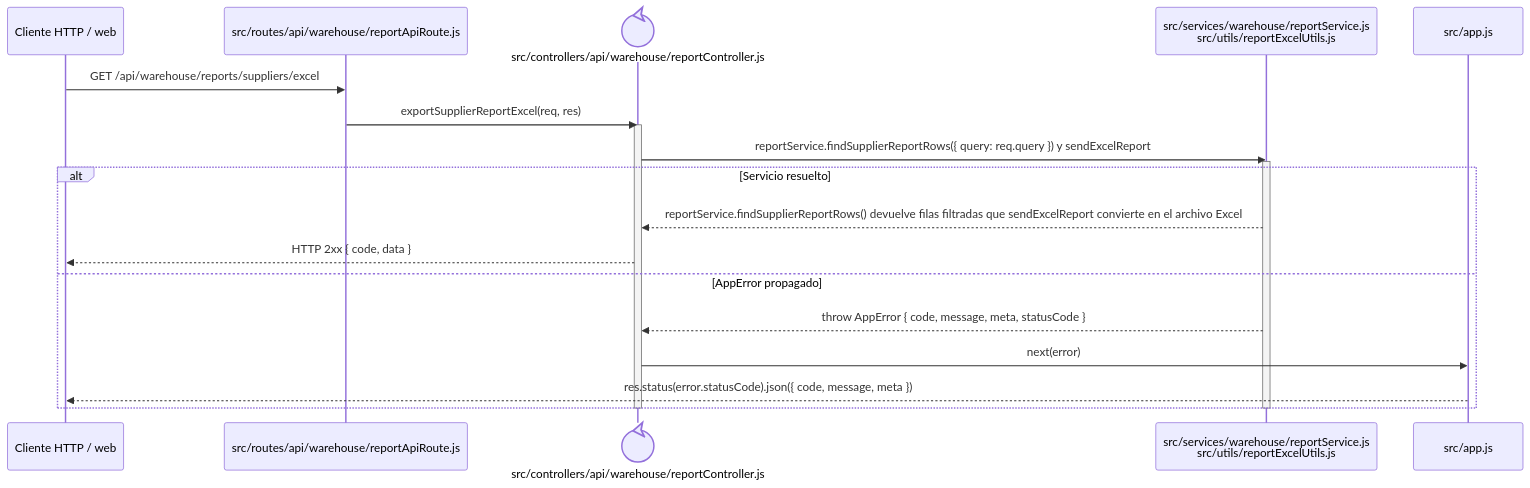
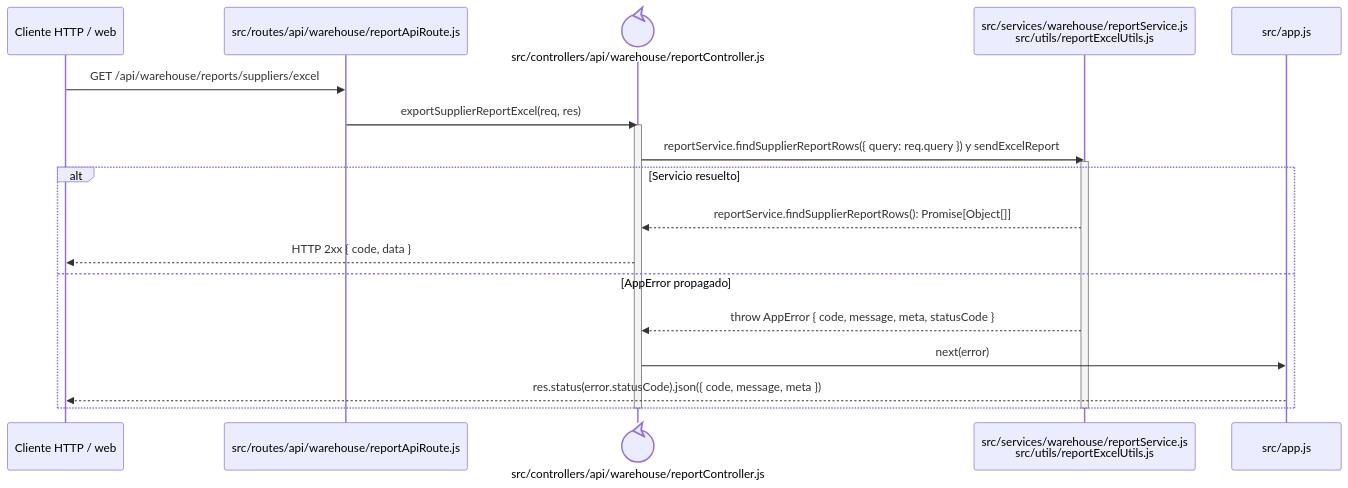
Before and after one commit to gpgsistemas01/nexus: the diagram in docs/architecture/backend-code-sequences/catalogs/cu-cat-04.md, drawn with Mermaid. The commit also changed 146 other files, not shown here.

````diff
--- a/docs/architecture/backend-code-sequences/catalogs/cu-cat-04.md
+++ b/docs/architecture/backend-code-sequences/catalogs/cu-cat-04.md
@@ -6,24 +6,24 @@
 ```mermaid
 sequenceDiagram
     participant Client as Cliente HTTP / web
     participant Route as src/routes/api/warehouse/reportApiRoute.js
     participant Controller@{ "type": "control" } as src/controllers/api/warehouse/reportController.js
     participant Domain as src/services/warehouse/reportService.js<br/>src/utils/reportExcelUtils.js
     participant ErrorHandler as src/app.js
 
     Client->>Route: GET /api/warehouse/reports/suppliers/excel
     Route->>Controller: exportSupplierReportExcel(req, res)
     activate Controller
     Controller->>Domain: reportService.findSupplierReportRows({ query: req.query }) y sendExcelReport
     activate Domain
     alt Servicio resuelto
-        Domain-->>Controller: reportService.findSupplierReportRows() devuelve filas filtradas que sendExcelReport convierte en el archivo Excel
+        Domain-->>Controller: reportService.findSupplierReportRows(): Promise[Object[]]
         Controller-->>Client: HTTP 2xx { code, data }
     else AppError propagado
         Domain-->>Controller: throw AppError { code, message, meta, statusCode }
         Controller->>ErrorHandler: next(error)
         ErrorHandler-->>Client: res.status(error.statusCode).json({ code, message, meta })
     end
     deactivate Domain
     deactivate Controller
 ```
````
